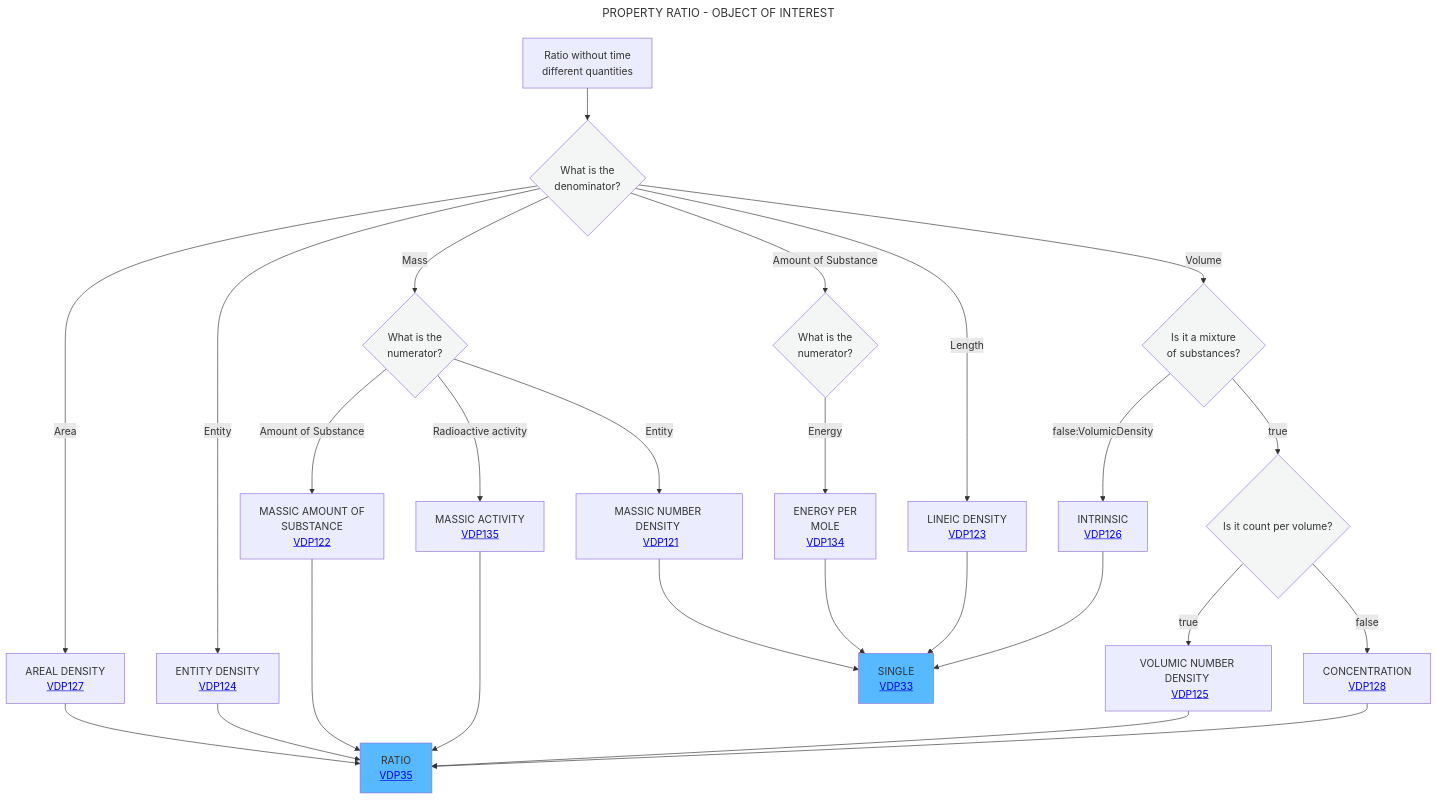
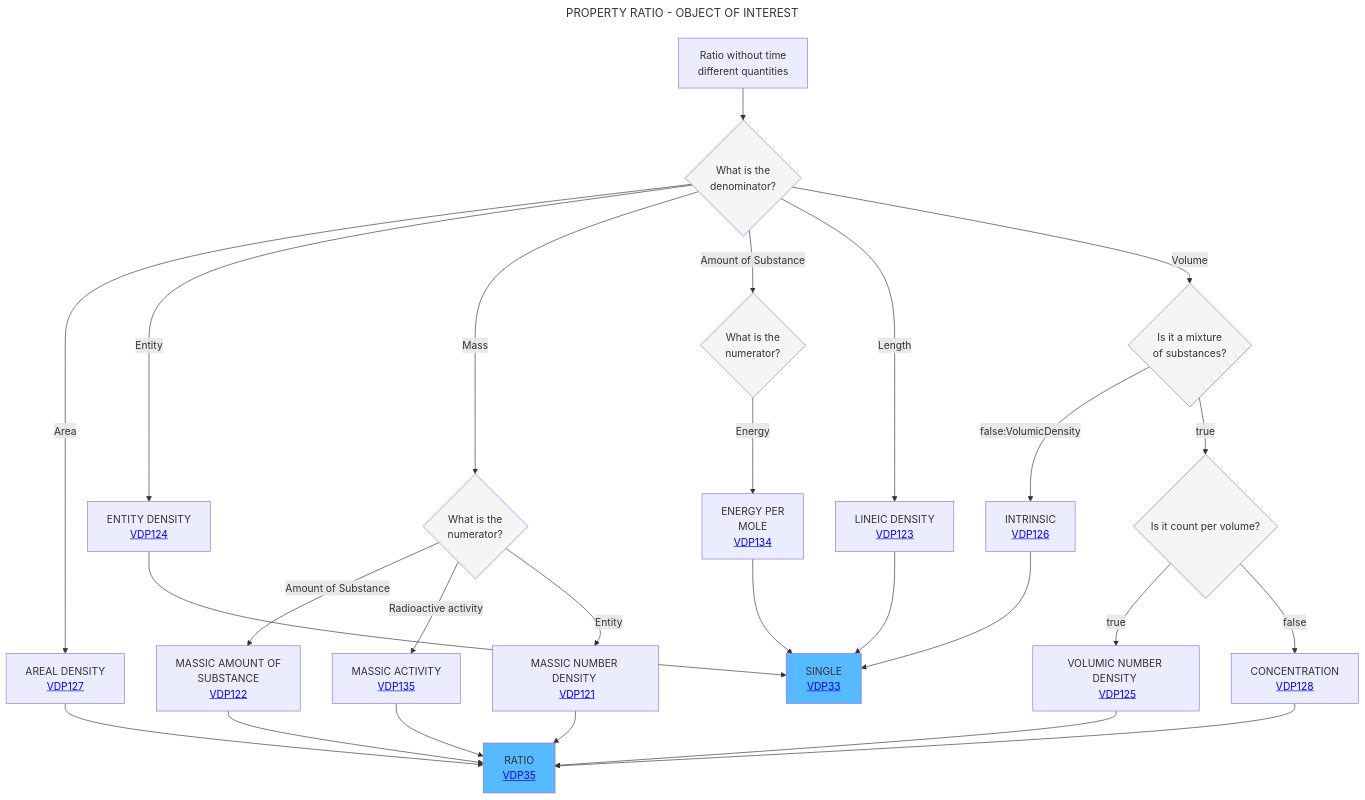
Before and after one commit to mabablue/I-ADOPT-patterns-playground: the diagram in Decisition_trees/DT5.mmd, drawn with Mermaid.

Commit message:
Update node connections in DT5.mmd diagram

```diff
--- a/Decisition_trees/DT5.mmd
+++ b/Decisition_trees/DT5.mmd
@@ -1,33 +1,33 @@
 ---
 title: PROPERTY RATIO - OBJECT OF INTEREST
 ---
 flowchart TD
     A[Ratio without time <br> different quantities] --> B{What is the <br> denominator?}:::white
     B -- Area -->C[AREAL DENSITY <br> <a href='https://github.com/mabablue/I-ADOPT-patterns-playground/blob/main/pattern/VDP127.yaml'>VDP127</a>]
     B -- Entity -->F[ENTITY DENSITY <br> <a href='https://github.com/mabablue/I-ADOPT-patterns-playground/blob/main/pattern/VDP124.yaml'>VDP124</a>]
     B -- Mass -->E{What is the <br> numerator?}:::white
     B -- Amount of Substance --> R{What is the <br> numerator?}:::white
     B -- Length -->D[LINEIC DENSITY <br> <a href='https://github.com/mabablue/I-ADOPT-patterns-playground/blob/main/pattern/VDP123.yaml'>VDP123</a>]
     E -- Amount of Substance --> P[MASSIC AMOUNT OF <br> SUBSTANCE <br> <a href='https://github.com/mabablue/I-ADOPT-patterns-playground/blob/main/pattern/VDP122.yaml'>VDP122</a>]
     E -- Radioactive activity --> Q[MASSIC ACTIVITY <br> <a href='https://github.com/mabablue/I-ADOPT-patterns-playground/blob/main/pattern/VDP135.yaml'>VDP135</a>]
     E -- Entity --> L[MASSIC NUMBER DENSITY <br> <a href='https://github.com/mabablue/I-ADOPT-patterns-playground/blob/main/pattern/VDP121.yaml'>VDP121</a>]
     B -- Volume -->G{Is it a mixture <br> of substances?}:::white
     G -- false:VolumicDensity-->H[INTRINSIC <br> <a href='https://github.com/mabablue/I-ADOPT-patterns-playground/blob/main/pattern/VDP126.yaml'>VDP126</a>]
     G--> |true|J{Is it count per volume?}:::white
     J --> |true|I[VOLUMIC NUMBER DENSITY <br> <a href='https://github.com/mabablue/I-ADOPT-patterns-playground/blob/main/pattern/VDP125.yaml'>VDP125</a>]
     J --> |false|M[CONCENTRATION <br> <a href='https://github.com/mabablue/I-ADOPT-patterns-playground/blob/main/pattern/VDP128.yaml'>VDP128</a>]
     I --> N
     C --> N[RATIO <br> <a href='https://github.com/mabablue/I-ADOPT-patterns-playground/blob/main/pattern/VDP35.yaml'>VDP35</a>]:::satblue
-    F --> N
+    F --> O
     D --> O[SINGLE <br> <a href='https://github.com/mabablue/I-ADOPT-patterns-playground/blob/main/pattern/VDP33.yaml'>VDP33</a>]:::satblue
     R -- Energy --> S[ENERGY PER <br> MOLE <br> <a href='https://github.com/mabablue/I-ADOPT-patterns-playground/blob/main/pattern/VDP134.yaml'>VDP134</a>]
     H --> O
     P --> N
     M --> N
     S --> O
     Q --> N
-    L --> O
+    L --> N
    classDef blue fill:#90D5FF
    classDef satblue fill:#57B9FF 
    classDef white fill:#f3f6f4
    classDef green fill:#6aa84f
```
